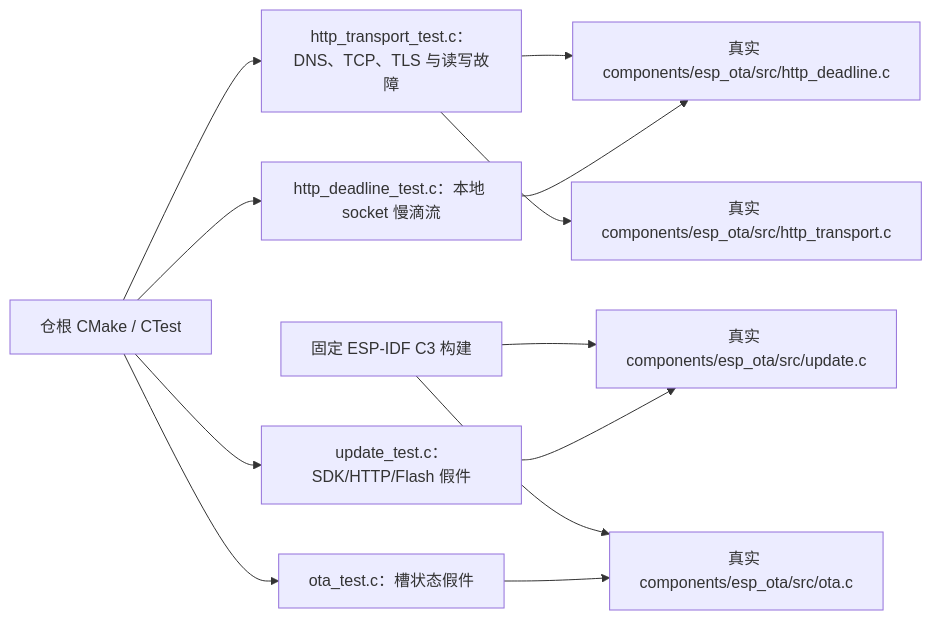
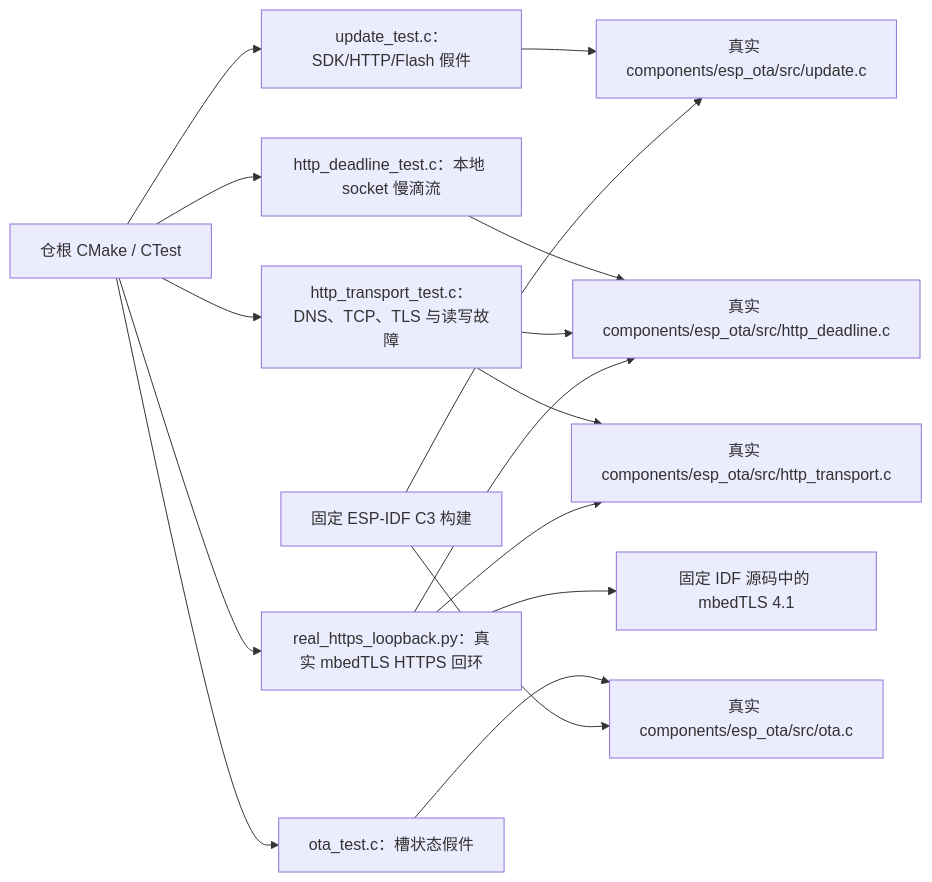
One commit to darren-you/esp-ota changed the diagram in tests/README.md. Above: the diagram before and after it, drawn with Mermaid. The commit also changed other lines of this file and 9 other files, not shown here.

Commit message:
补齐 OTA 真实 TLS 回环验证并处理会话票据

````diff
--- a/tests/README.md
+++ b/tests/README.md
@@ -5,14 +5,18 @@
 ```mermaid
 flowchart LR
     cmake["仓根 CMake / CTest"] --> update["update_test.c：SDK/HTTP/Flash 假件"]
     cmake --> drip["http_deadline_test.c：本地 socket 慢滴流"]
     cmake --> transport["http_transport_test.c：DNS、TCP、TLS 与读写故障"]
+    cmake --> https["real_https_loopback.py：真实 mbedTLS HTTPS 回环"]
     cmake --> confirm["ota_test.c：槽状态假件"]
     update --> real_update["真实 components/esp_ota/src/update.c"]
     drip --> deadline["真实 components/esp_ota/src/http_deadline.c"]
     transport --> real_transport["真实 components/esp_ota/src/http_transport.c"]
     transport --> deadline
+    https --> real_transport
+    https --> deadline
+    https --> sdk["固定 IDF 源码中的 mbedTLS 4.1"]
     confirm --> real_ota["真实 components/esp_ota/src/ota.c"]
-    sdk["固定 ESP-IDF C3 构建"] --> real_update
-    sdk --> real_ota
+    c3["固定 ESP-IDF C3 构建"] --> real_update
+    c3 --> real_ota
 ```
````
